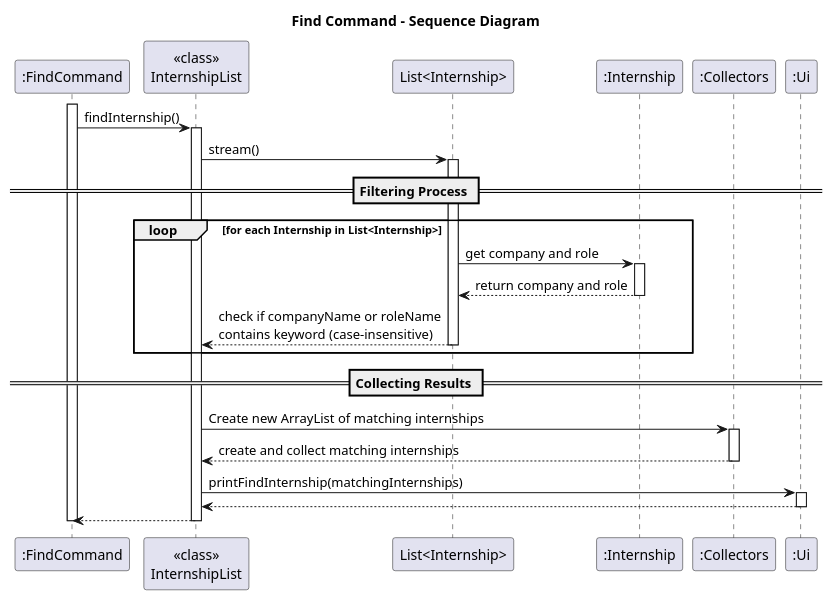
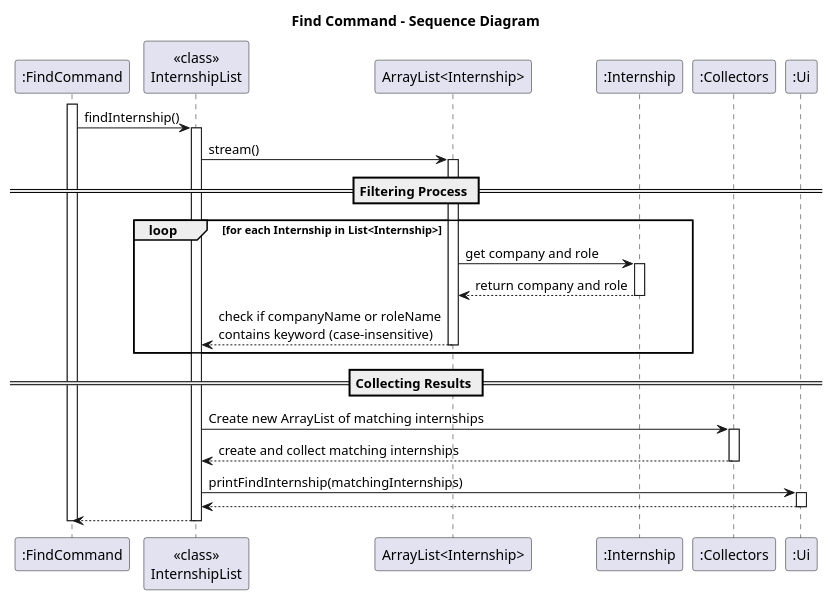
Before and after one commit to BenyAlbatross/tp: the diagram in docs/diagrams/FindCommandSD.puml, drawn with PlantUML. The commit also changed 2 other files, not shown here.

Commit message:
Update name to ArrayList<Internship>

```diff
--- a/docs/diagrams/FindCommandSD.puml
+++ b/docs/diagrams/FindCommandSD.puml
@@ -1,42 +1,42 @@
 @startuml
 title Find Command - Sequence Diagram
 
 participant ":FindCommand" as FC
 participant "<<class>>\nInternshipList" as IL
-participant "List<Internship>" as LI
+participant "ArrayList<Internship>" as LI
 participant ":Internship" as IN
 participant ":Collectors" as CO
 participant ":Ui" as Ui
 
 activate FC
 FC -> IL: findInternship()
 activate IL
 IL -> LI: stream()
 activate LI
 
 == Filtering Process ==
 loop for each Internship in List<Internship>
     LI -> IN: get company and role
     activate IN
     IN --> LI: return company and role
     deactivate IN
     LI --> IL: check if companyName or roleName\ncontains keyword (case-insensitive)
     deactivate LI
 end
 
 == Collecting Results ==
 IL -> CO: Create new ArrayList of matching internships
 activate CO
 CO --> IL: create and collect matching internships
 deactivate CO
 
 IL -> Ui: printFindInternship(matchingInternships)
 activate Ui
 Ui --> IL
 deactivate Ui
 
 IL --> FC
 deactivate IL
 deactivate FC
 
 @enduml
```
